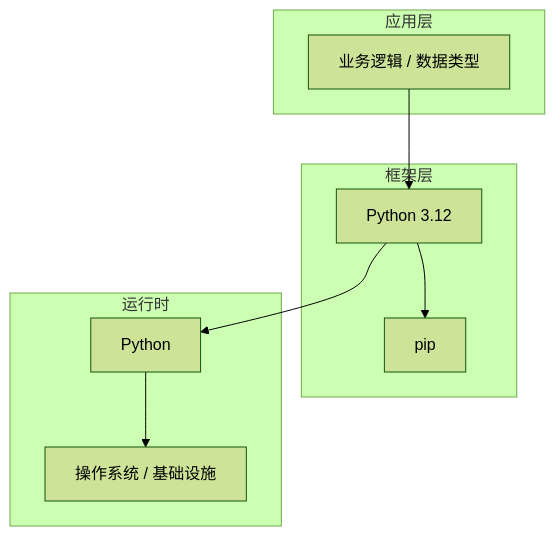
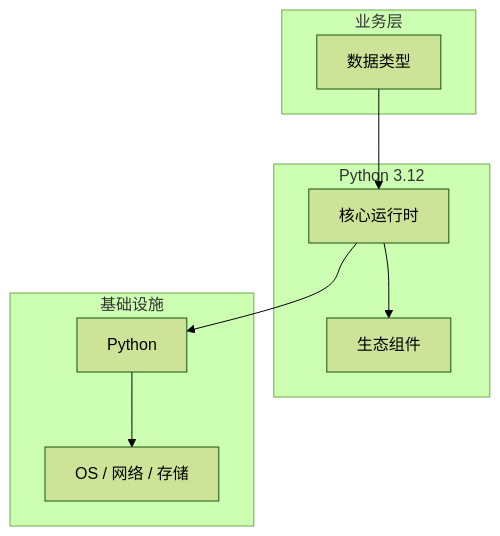
Before and after one commit to yanggan2015/knowledge-json-v2: the diagram in articles/Python核心/chapters/015-数据类型核心概念与原理.md, drawn with Mermaid (forest theme). The commit also changed other lines of this file and 10127 other files, not shown here.

````diff
--- a/articles/Python核心/chapters/015-数据类型核心概念与原理.md
+++ b/articles/Python核心/chapters/015-数据类型核心概念与原理.md
@@ -45,18 +34,18 @@
 ```mermaid
 graph TB
-    subgraph 应用层
-        A[业务逻辑 / 数据类型]
+    subgraph 业务层
+        A[数据类型]
     end
-    subgraph 框架层
-        B[Python 3.12]
-        C[pip]
+    subgraph Python 3.12
+        B[核心运行时]
+        C[生态组件]
     end
-    subgraph 运行时
+    subgraph 基础设施
         D[Python]
-        E[操作系统 / 基础设施]
+        E[OS / 网络 / 存储]
     end
     A --> B
     B --> C
     B --> D
     D --> E
 ```
````
